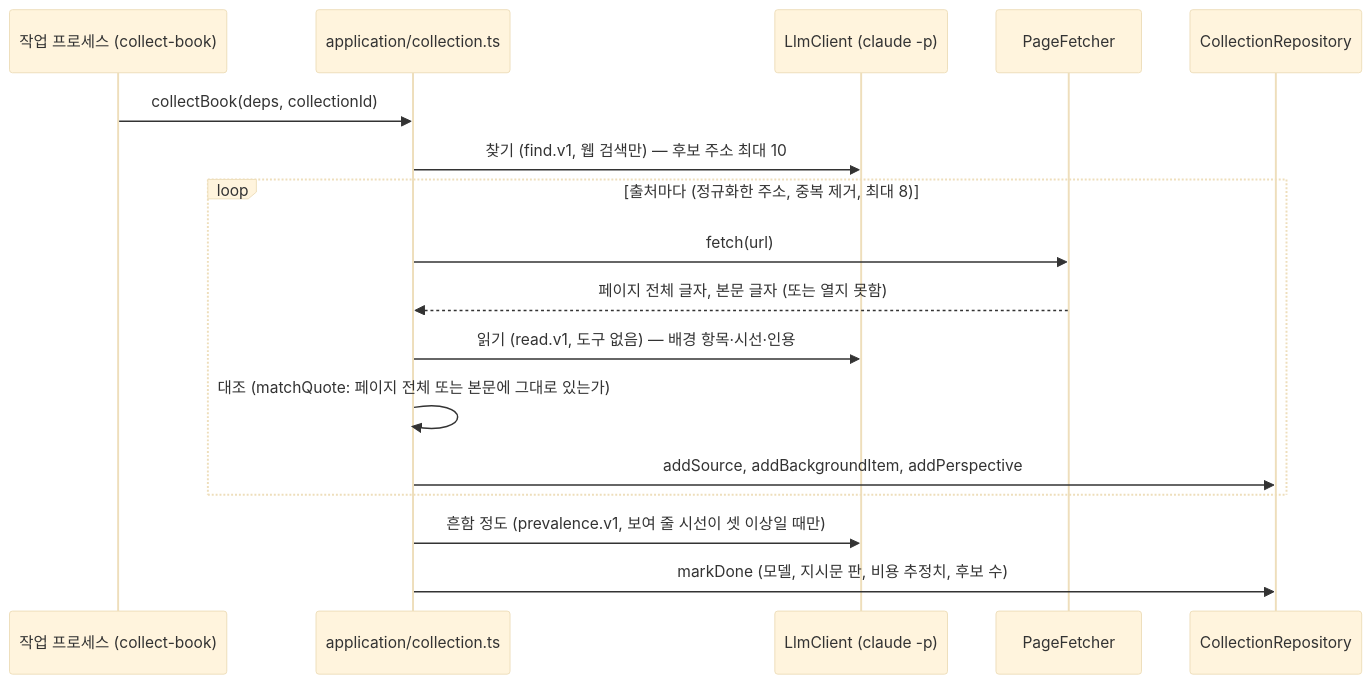
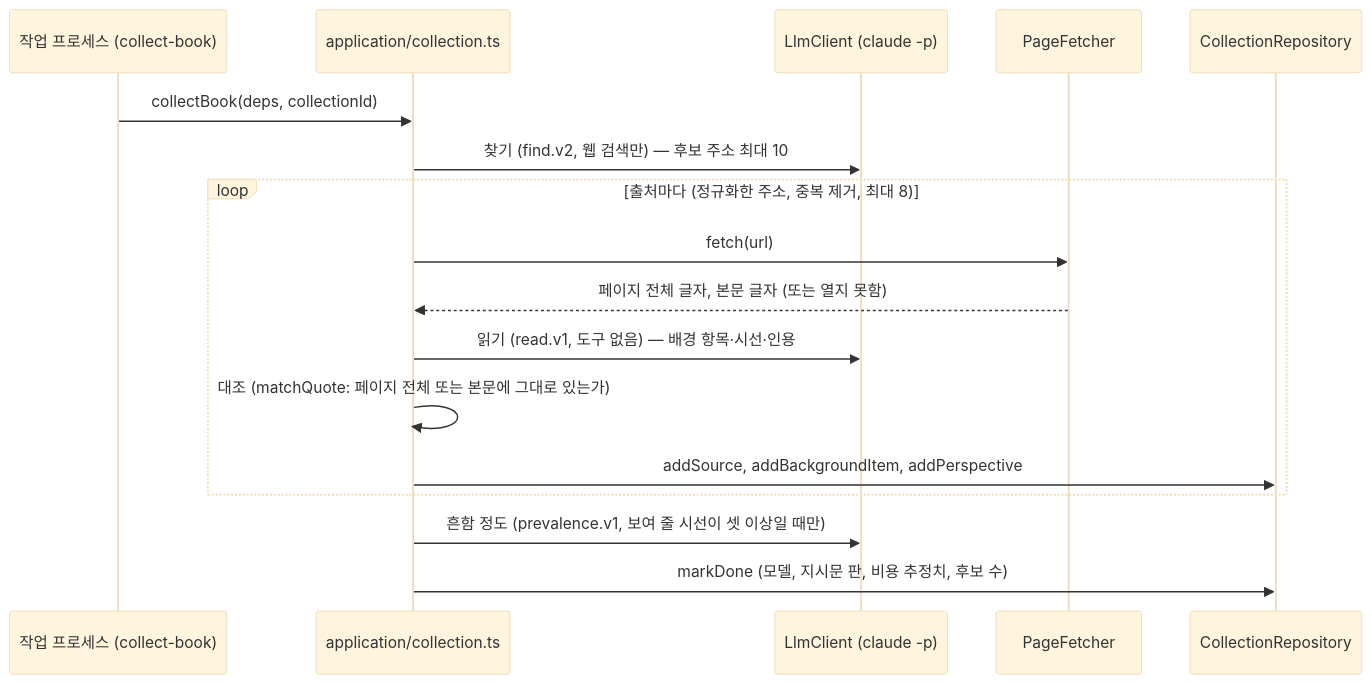
One commit to Changsik00/inkle changed the fifth of 6 diagrams in docs/architecture.md. Above: the diagram before and after it, drawn with Mermaid (base theme). The commit also changed 4 other files, not shown here.

````diff
--- a/docs/architecture.md
+++ b/docs/architecture.md
@@ -213,19 +213,19 @@
 ```mermaid
 sequenceDiagram
     participant W as 작업 프로세스 (collect-book)
     participant U as application/collection.ts
     participant L as LlmClient (claude -p)
     participant F as PageFetcher
     participant R as CollectionRepository
     W->>U: collectBook(deps, collectionId)
-    U->>L: 찾기 (find.v1, 웹 검색만) — 후보 주소 최대 10
+    U->>L: 찾기 (find.v2, 웹 검색만) — 후보 주소 최대 10
     loop 출처마다 (정규화한 주소, 중복 제거, 최대 8)
         U->>F: fetch(url)
         F-->>U: 페이지 전체 글자, 본문 글자 (또는 열지 못함)
         U->>L: 읽기 (read.v1, 도구 없음) — 배경 항목·시선·인용
         U->>U: 대조 (matchQuote: 페이지 전체 또는 본문에 그대로 있는가)
         U->>R: addSource, addBackgroundItem, addPerspective
     end
     U->>L: 흔함 정도 (prevalence.v1, 보여 줄 시선이 셋 이상일 때만)
     U->>R: markDone (모델, 지시문 판, 비용 추정치, 후보 수)
 ```
````
